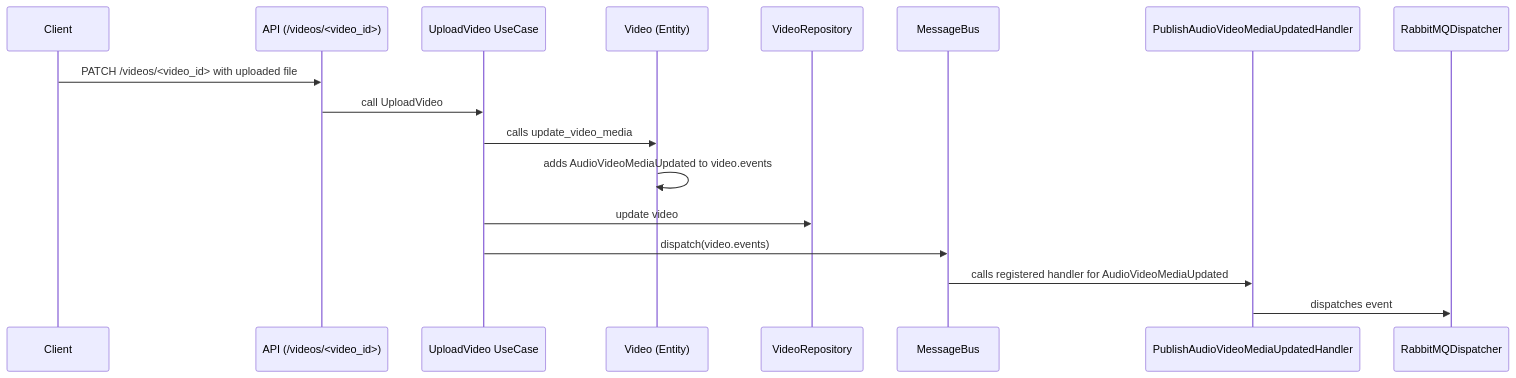
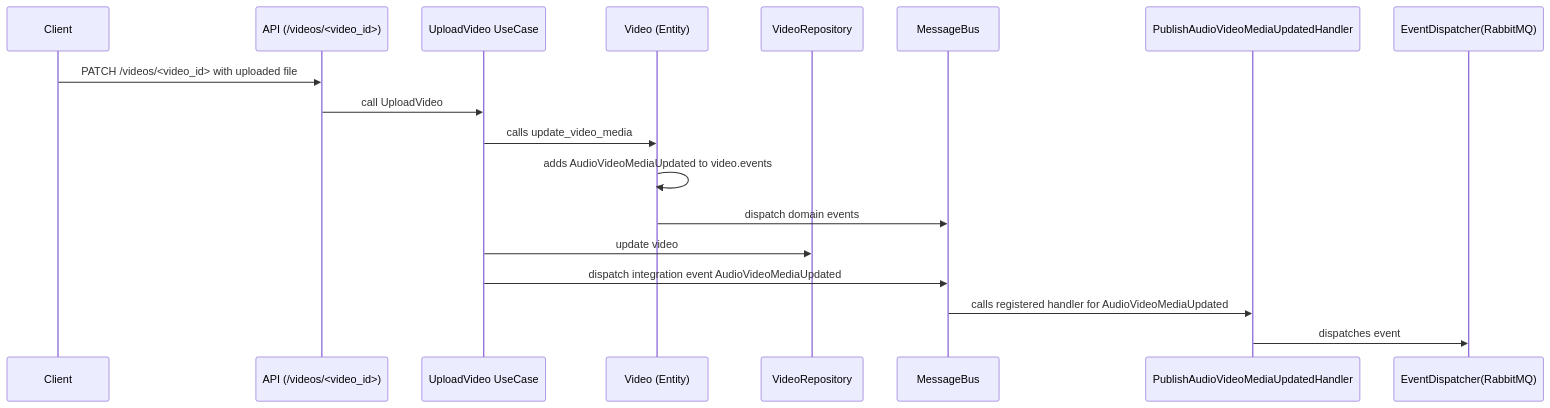
Before and after one commit to gcrsaldanha/codeflix-catalog-admin: the diagram in diagrams/upload_video.mermaid, drawn with Mermaid. The commit also changed 1 other file, not shown here.

Commit message:
Update diagrams

```diff
--- a/diagrams/upload_video.mermaid
+++ b/diagrams/upload_video.mermaid
@@ -1,18 +1,19 @@
 sequenceDiagram
     participant Client as Client
     participant API as API (/videos/<video_id>)
     participant UseCase as UploadVideo UseCase
     participant VideoEntity as Video (Entity)
     participant VideoRepo as VideoRepository
     participant MsgBus as MessageBus
     participant Handler as PublishAudioVideoMediaUpdatedHandler
-    participant RabbitMQ as RabbitMQDispatcher
+    participant EvtDispatcher as EventDispatcher(RabbitMQ)
 
     Client->>API: PATCH /videos/<video_id> with uploaded file
     API->>UseCase: call UploadVideo
     UseCase->>VideoEntity: calls update_video_media
     VideoEntity->>VideoEntity: adds AudioVideoMediaUpdated to video.events
+    VideoEntity->>MsgBus: dispatch domain events
     UseCase->>VideoRepo: update video
-    UseCase->>MsgBus: dispatch(video.events)
+    UseCase->>MsgBus: dispatch integration event AudioVideoMediaUpdated
     MsgBus->>Handler: calls registered handler for AudioVideoMediaUpdated
-    Handler->>RabbitMQ: dispatches event
+    Handler->>EvtDispatcher: dispatches event
```
